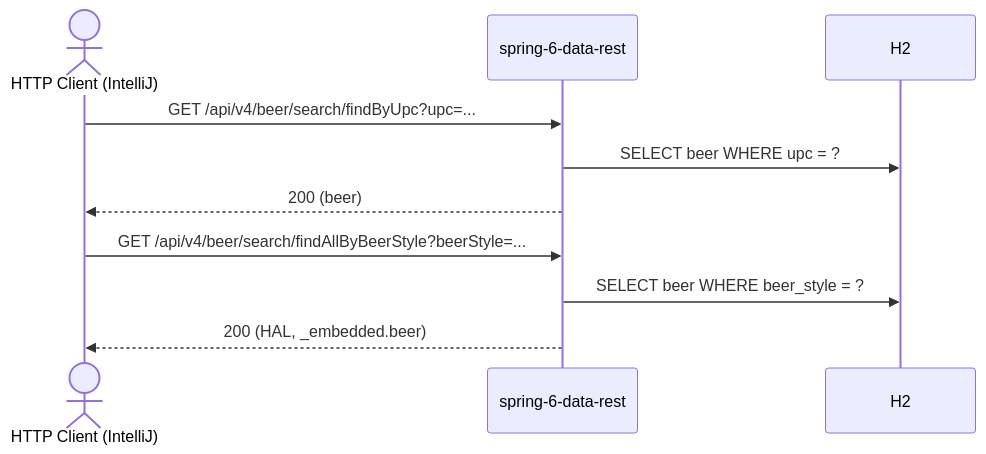
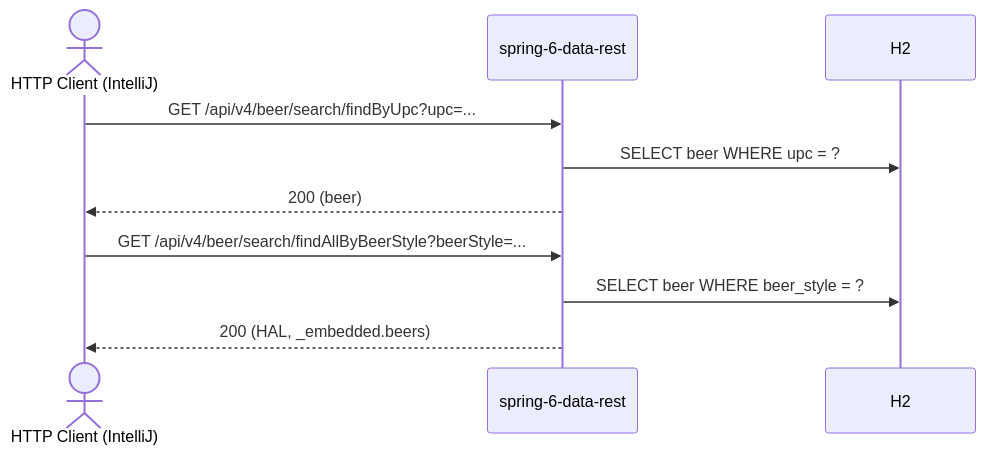
Before and after one commit to dboeckli/spring-6-gateway: the diagram in restRequests/data-rest/beer-flow-search/beer-flow-search.md, drawn with Mermaid. The commit also changed other lines of this file and 101 other files, not shown here.

````diff
--- a/restRequests/data-rest/beer-flow-search/beer-flow-search.md
+++ b/restRequests/data-rest/beer-flow-search/beer-flow-search.md
@@ -11,14 +11,14 @@
 ```mermaid
 sequenceDiagram
     actor C as HTTP Client (IntelliJ)
     participant API as spring-6-data-rest
     participant DB as H2
 
     C->>API: GET /api/v4/beer/search/findByUpc?upc=...
     API->>DB: SELECT beer WHERE upc = ?
     API-->>C: 200 (beer)
 
     C->>API: GET /api/v4/beer/search/findAllByBeerStyle?beerStyle=...
     API->>DB: SELECT beer WHERE beer_style = ?
-    API-->>C: 200 (HAL, _embedded.beer)
+    API-->>C: 200 (HAL, _embedded.beers)
 ```
````
